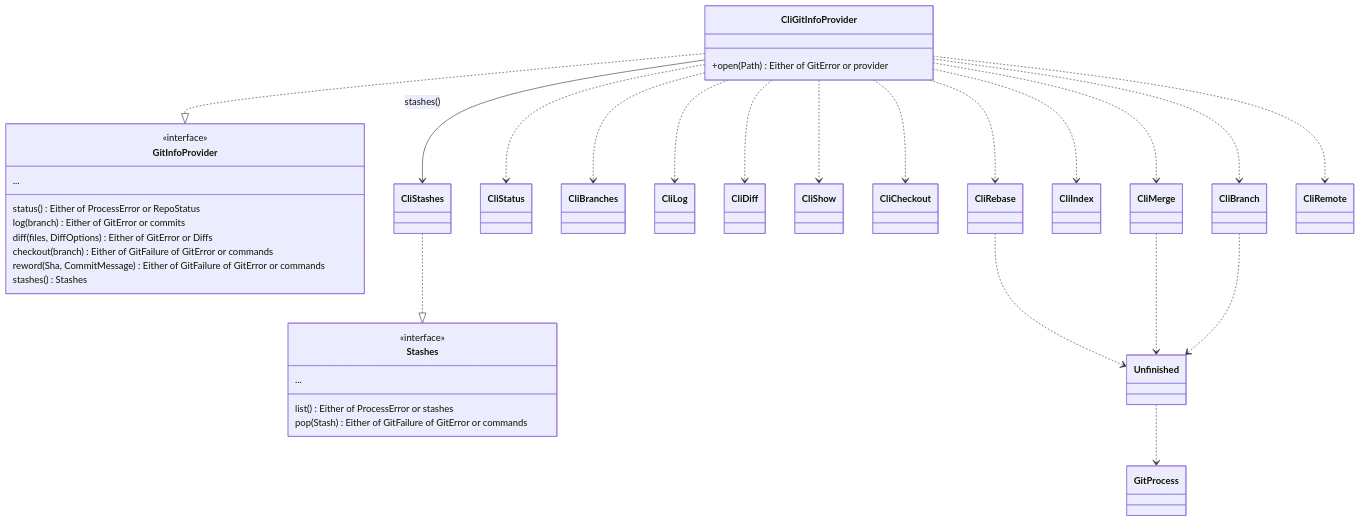
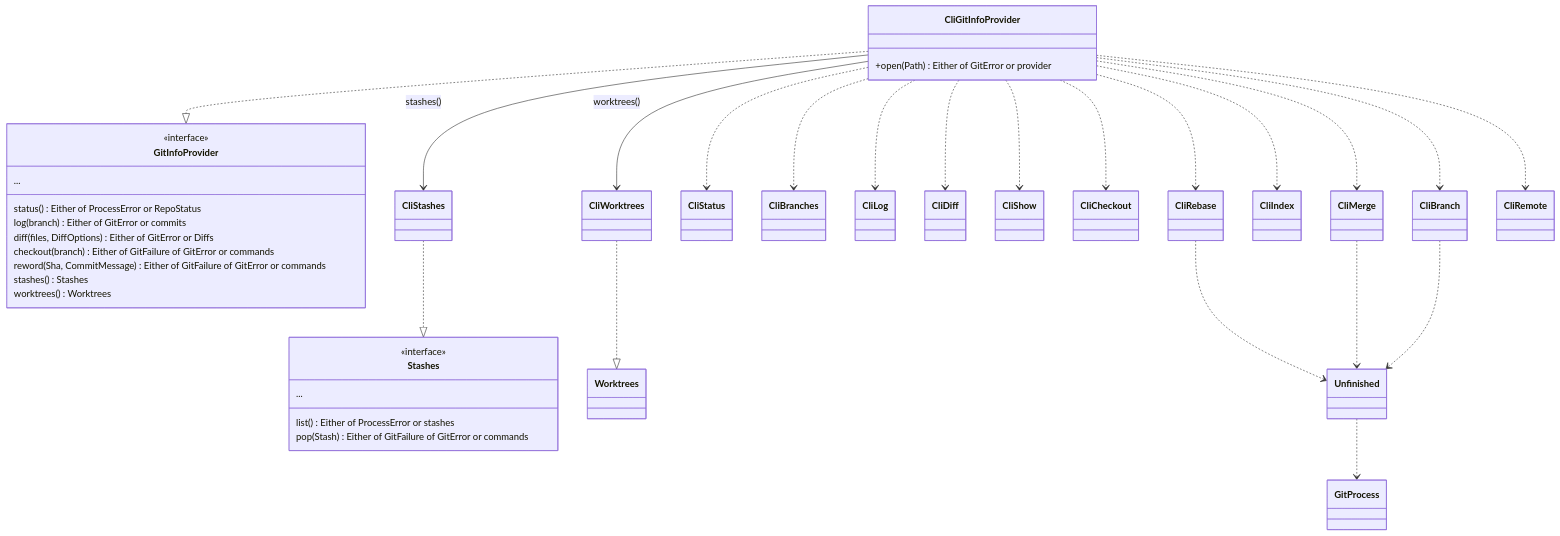
One commit to cvanfleteren/jazygit changed the fourth of 7 diagrams in ARCHITECTURE.md. Above: the diagram before and after it, drawn with Mermaid.

Commit message:
ARCHITECTURE.md shows the worktrees as a role

````diff
--- a/ARCHITECTURE.md
+++ b/ARCHITECTURE.md
@@ -832,40 +832,43 @@
 ```mermaid
 classDiagram
     class GitInfoProvider {
         <<interface>>
         status() Either of ProcessError or RepoStatus
         log(branch) Either of GitError or commits
         diff(files, DiffOptions) Either of GitError or Diffs
         checkout(branch) Either of GitFailure of GitError or commands
         reword(Sha, CommitMessage) Either of GitFailure of GitError or commands
         stashes() Stashes
+        worktrees() Worktrees
         ...
     }
     class CliGitInfoProvider {
         +open(Path) Either of GitError or provider
     }
     class Stashes {
         <<interface>>
         list() Either of ProcessError or stashes
         pop(Stash) Either of GitFailure of GitError or commands
         ...
     }
     CliGitInfoProvider ..|> GitInfoProvider
     CliStashes ..|> Stashes
+    CliWorktrees ..|> Worktrees
+    CliGitInfoProvider --> CliWorktrees : worktrees()
     CliGitInfoProvider ..> CliStatus
     CliGitInfoProvider ..> CliBranches
     CliGitInfoProvider ..> CliLog
     CliGitInfoProvider ..> CliDiff
     CliGitInfoProvider ..> CliShow
     CliGitInfoProvider ..> CliCheckout
     CliGitInfoProvider ..> CliBranch
     CliGitInfoProvider ..> CliIndex
     CliGitInfoProvider ..> CliMerge
     CliGitInfoProvider ..> CliRebase
     CliGitInfoProvider --> CliStashes : stashes()
     CliGitInfoProvider ..> CliRemote
     CliRebase ..> Unfinished
     CliMerge ..> Unfinished
     CliBranch ..> Unfinished
     Unfinished ..> GitProcess
 ```
````
